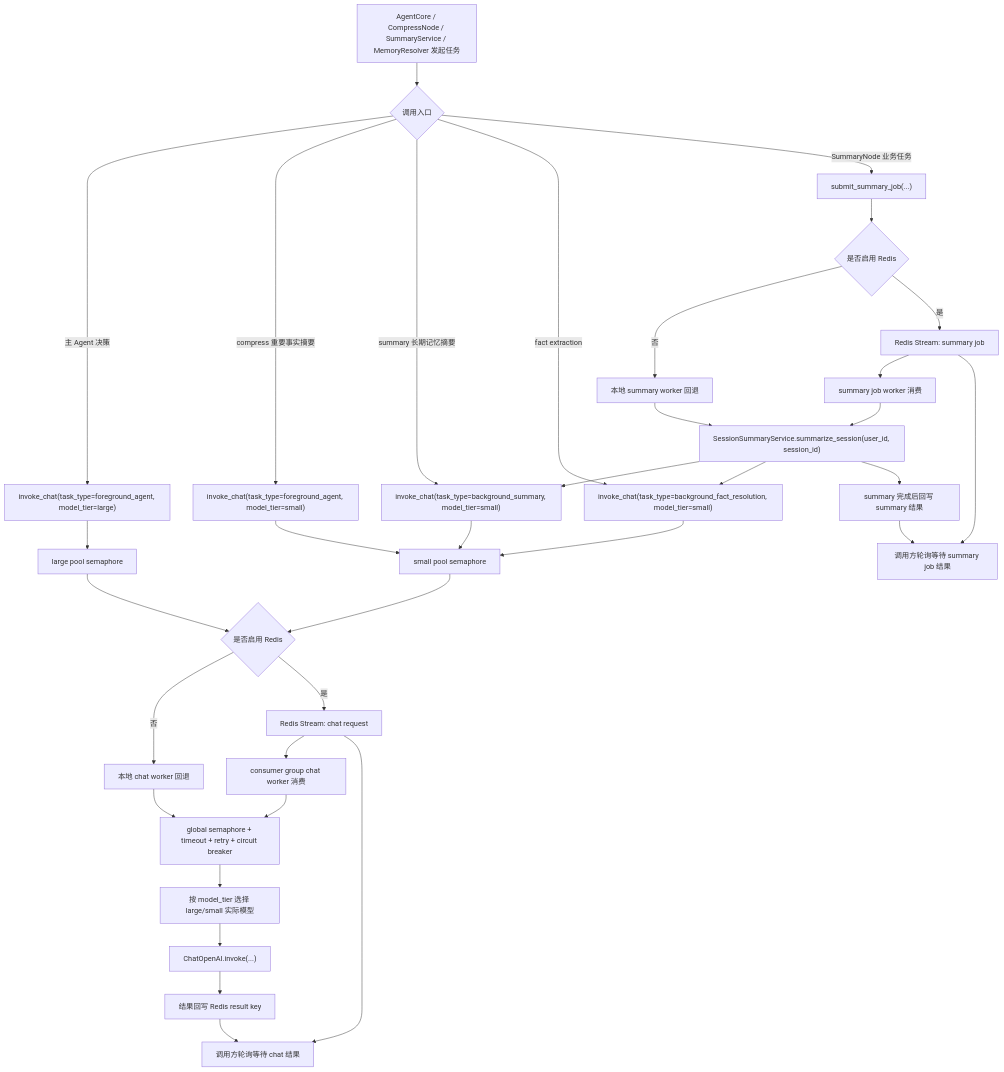
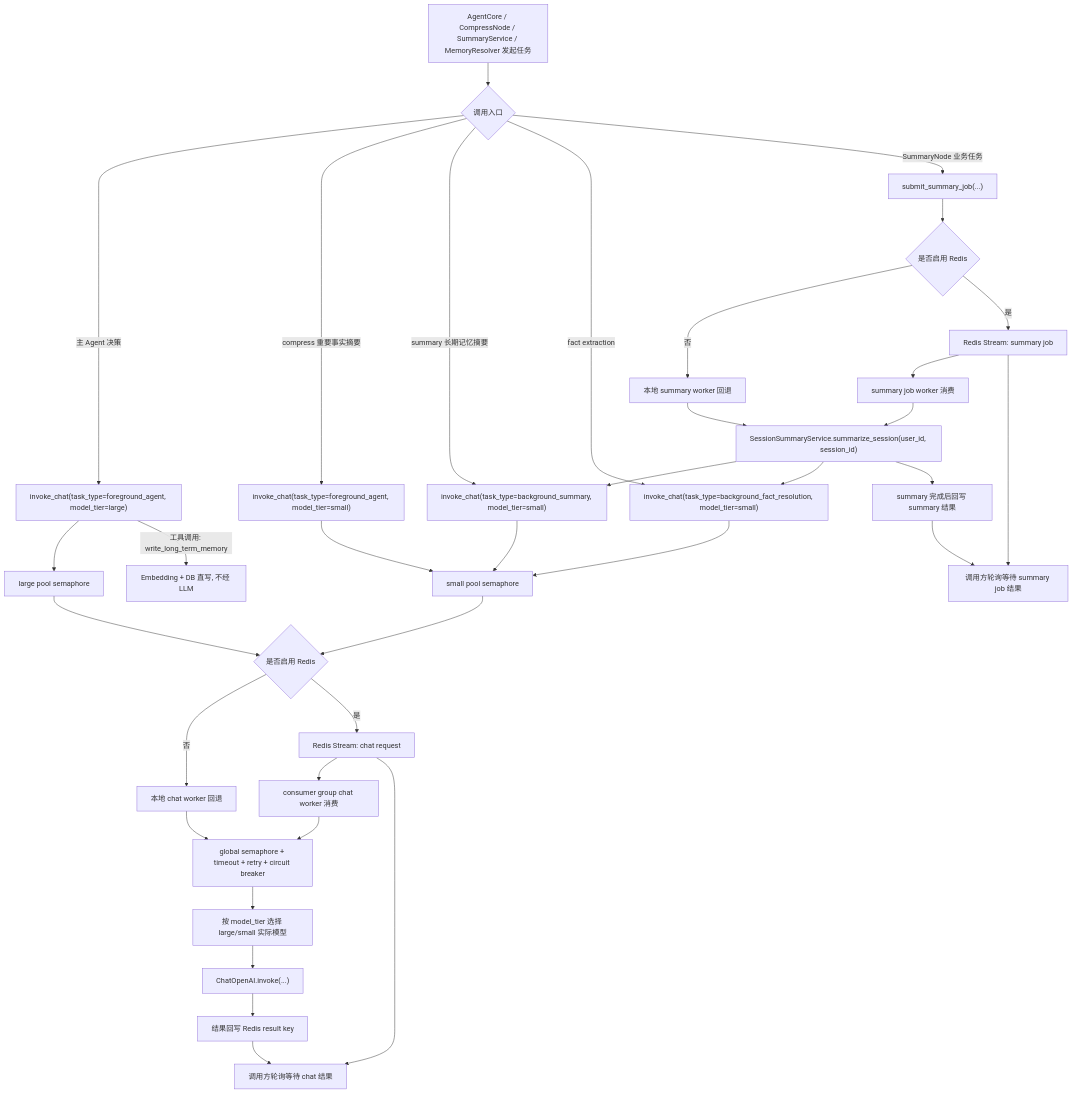
Before and after one commit to xiao-Huahuo/Agent-Core-Service: the sixth of 6 diagrams in README.md, drawn with Mermaid. The commit also changed other lines of this file and 4 other files, not shown here.

````diff
--- a/README.md
+++ b/README.md
@@ -148,42 +150,44 @@
 ```mermaid
 flowchart TD
     A["AgentCore / CompressNode / SummaryService / MemoryResolver 发起任务"] --> B{"调用入口"}
     B -->|"主 Agent 决策"| C["invoke_chat(task_type=foreground_agent, model_tier=large)"]
     B -->|"compress 重要事实摘要"| D["invoke_chat(task_type=foreground_agent, model_tier=small)"]
     B -->|"summary 长期记忆摘要"| E["invoke_chat(task_type=background_summary, model_tier=small)"]
     B -->|"fact extraction"| F["invoke_chat(task_type=background_fact_resolution, model_tier=small)"]
     B -->|"SummaryNode 业务任务"| G["submit_summary_job(...)"]
 
     C --> H["large pool semaphore"]
     D --> I["small pool semaphore"]
     E --> I
     F --> I
+
+    C -->|"工具调用: write_long_term_memory"| J2["Embedding + DB 直写, 不经 LLM"]
 
     H --> J{"是否启用 Redis"}
     I --> J
     G --> K{"是否启用 Redis"}
 
     J -->|"否"| L["本地 chat worker 回退"]
     J -->|"是"| M["Redis Stream: chat request"]
     K -->|"否"| N["本地 summary worker 回退"]
     K -->|"是"| O["Redis Stream: summary job"]
 
     M --> P["consumer group chat worker 消费"]
     O --> Q["summary job worker 消费"]
     Q --> R["SessionSummaryService.summarize_session(user_id, session_id)"]
     R --> E
     R --> F
 
     P --> S["global semaphore + timeout + retry + circuit breaker"]
     L --> S
     N --> R
     S --> T["按 model_tier 选择 large/small 实际模型"]
     T --> U["ChatOpenAI.invoke(...)"]
     U --> V["结果回写 Redis result key"]
 
     M --> W["调用方轮询等待 chat 结果"]
     V --> W
     O --> X["调用方轮询等待 summary job 结果"]
     R --> Y["summary 完成后回写 summary 结果"]
     Y --> X
 ```
````
